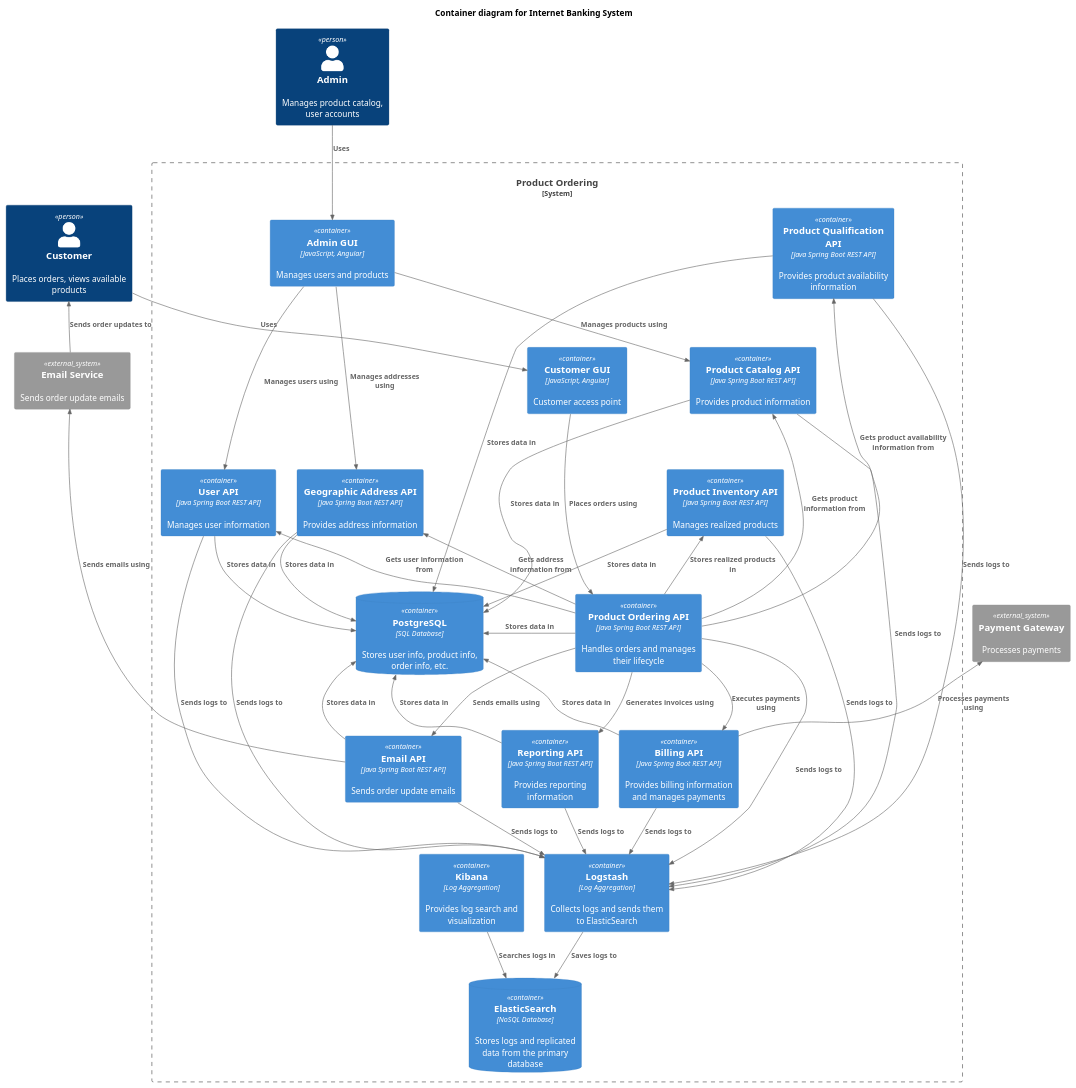
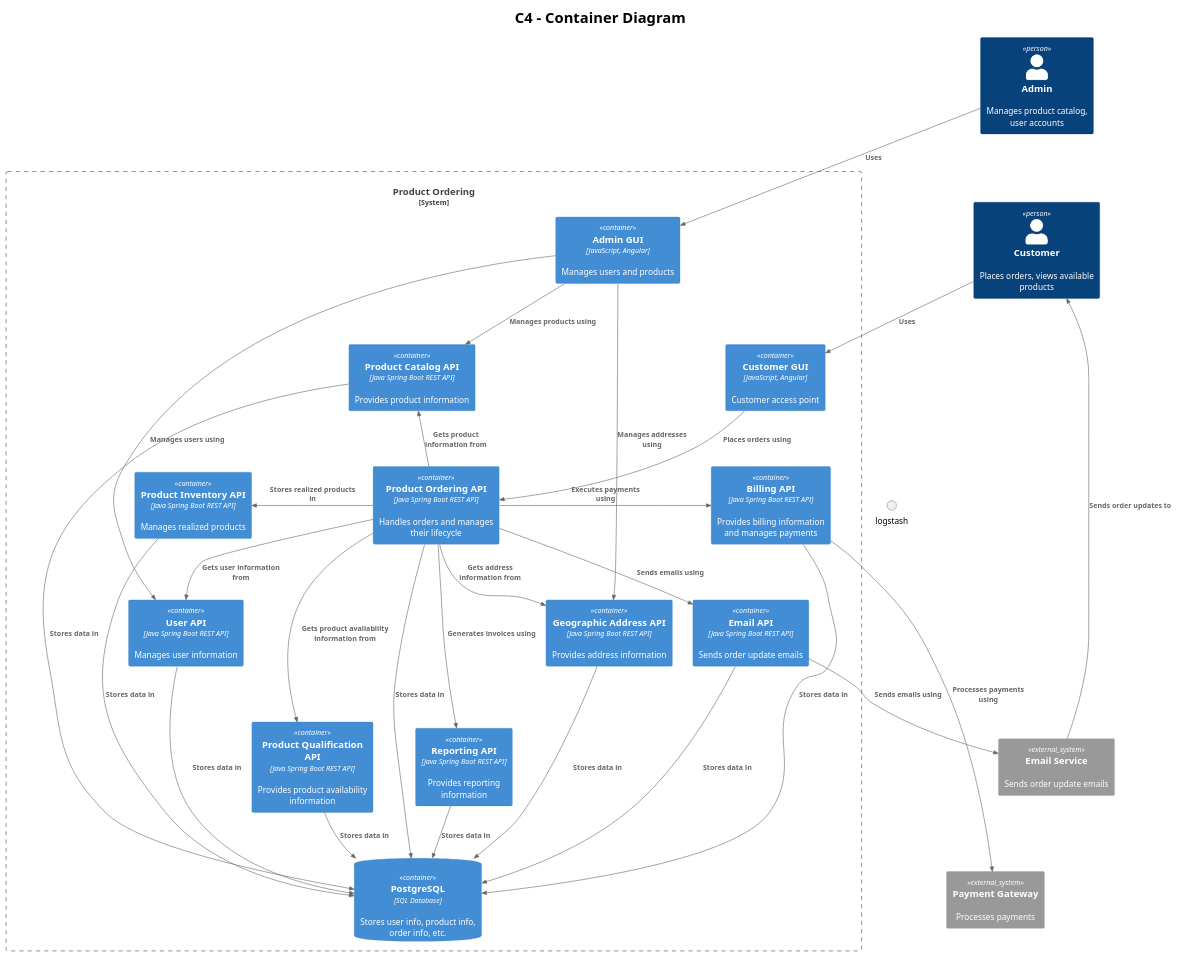
The diagram in c4/container/container.puml (ensarhamzic/diplomski-rad-softversko-inzenjerstvo), drawn with PlantUML before and after one commit. The commit also changed 1 other file, not shown here.

Commit message:
c4 container pt1

```diff
--- a/c4/container/container.puml
+++ b/c4/container/container.puml
@@ -1,78 +1,97 @@
 @startuml
 !include https://raw.githubusercontent.com/plantuml-stdlib/C4-PlantUML/master/C4_Container.puml
 
-title Container diagram for Internet Banking System
+skinparam titleFontSize 25
+
+title C4 - Container Diagram
 
 Person(customer, "Customer", "Places orders, views available products")
 Person(admin, "Admin", "Manages product catalog, user accounts")
 
 System_Boundary(system, "Product Ordering") {
     Container(orderApi, "Product Ordering API", "Java Spring Boot REST API", "Handles orders and manages their lifecycle")
     Container(catalogApi, "Product Catalog API", "Java Spring Boot REST API", "Provides product information")
     Container(inventoryApi, "Product Inventory API", "Java Spring Boot REST API", "Manages realized products")
     Container(userApi, "User API", "Java Spring Boot REST API", "Manages user information")
     Container(geoApi, "Geographic Address API", "Java Spring Boot REST API", "Provides address information")
     Container(qualificationApi, "Product Qualification API", "Java Spring Boot REST API", "Provides product availability information")
     Container(billingApi, "Billing API", "Java Spring Boot REST API", "Provides billing information and manages payments")
     Container(emailApi, "Email API", "Java Spring Boot REST API", "Sends order update emails")
     Container(reportingApi, "Reporting API", "Java Spring Boot REST API", "Provides reporting information")
     Container(adminGui, "Admin GUI", "JavaScript, Angular", "Manages users and products")
     Container(customerGui, "Customer GUI", "JavaScript, Angular", "Customer access point")
-    Container(logstash, "Logstash", "Log Aggregation", "Collects logs and sends them to ElasticSearch")
-    Container(kibana, "Kibana", "Log Aggregation", "Provides log search and visualization")
+'    Container(logstash, "Logstash", "Log Aggregation", "Collects logs and sends them to ElasticSearch")
+'    Container(kibana, "Kibana", "Log Aggregation", "Provides log search and visualization")
     ContainerDb(postgresDb, "PostgreSQL", "SQL Database", "Stores user info, product info, order info, etc.")
-    ContainerDb(elasticDb, "ElasticSearch", "NoSQL Database", "Stores logs and replicated data from the primary database")
+'    ContainerDb(elasticDb, "ElasticSearch", "NoSQL Database", "Stores logs")
 }
 
 System_Ext(paymentService, "Payment Gateway", "Processes payments")
 System_Ext(emailService, "Email Service", "Sends order update emails")
 
-Rel_U(orderApi, catalogApi, "Gets product information from")
-Rel_U(orderApi, inventoryApi, "Stores realized products in")
-Rel_U(orderApi, userApi, "Gets user information from")
-Rel_U(orderApi, geoApi, "Gets address information from")
-Rel_U(orderApi, qualificationApi, "Gets product availability information from")
-Rel(orderApi, billingApi, "Executes payments using")
+Lay_D(admin,customer)
+Lay_D(emailService,paymentService)
+Lay_D(admin,emailService)
+Lay_D(customer,emailService)
+
+Lay_D(orderApi,catalogApi)
+Lay_D(catalogApi,inventoryApi)
+Lay_D(inventoryApi,userApi)
+'Lay_D(userApi,geoApi)
+Lay_D(geoApi,qualificationApi)
+Lay_R(orderApi,billingApi)
+Lay_D(billingApi,emailApi)
+Lay_D(emailApi,reportingApi)
+'Lay_R(orderApi, adminGui)
+Lay_D(adminGui, customerGui)
+Lay_D(customerGui, logstash)
+'Lay_D(logstash, kibana)
+
+Lay_R(billingApi,postgresDb)
+'Lay_D(postgresDb,elasticDb)
+
+Rel_L(orderApi, catalogApi, "Gets product information from")
+Rel_L(orderApi, inventoryApi, "Stores realized products in")
+Rel(orderApi, userApi, "Gets user information from")
+Rel(orderApi, geoApi, "Gets address information from")
+Rel_L(orderApi, qualificationApi, "Gets product availability information from")
+Rel_L(orderApi, billingApi, "Executes payments using")
 Rel(orderApi, emailApi, "Sends emails using")
-Rel(orderApi, reportingApi, "Generates invoices using")
+Rel_L(orderApi, reportingApi, "Generates invoices using")
 
-Rel_L(orderApi, postgresDb, "Stores data in")
+Rel(orderApi, postgresDb, "Stores data in")
 Rel(catalogApi, postgresDb, "Stores data in")
 Rel(inventoryApi, postgresDb, "Stores data in")
 Rel(userApi, postgresDb, "Stores data in")
 Rel(geoApi, postgresDb, "Stores data in")
 Rel(qualificationApi, postgresDb, "Stores data in")
 Rel(billingApi, postgresDb, "Stores data in")
 Rel(emailApi, postgresDb, "Stores data in")
 Rel(reportingApi, postgresDb, "Stores data in")
-Rel(logstash, elasticDb, "Saves logs to")
+'Rel_U(logstash, elasticDb, "Saves logs to")
 
-Rel(orderApi, logstash, "Sends logs to")
-Rel(catalogApi, logstash, "Sends logs to")
-Rel(inventoryApi, logstash, "Sends logs to")
-Rel(userApi, logstash, "Sends logs to")
-Rel(geoApi, logstash, "Sends logs to")
-Rel(qualificationApi, logstash, "Sends logs to")
-Rel(billingApi, logstash, "Sends logs to")
-Rel(emailApi, logstash, "Sends logs to")
-Rel(reportingApi, logstash, "Sends logs to")
+'Rel_U(orderApi, logstash, "Sends logs to")
+'Rel_U(catalogApi, logstash, "Sends logs to")
+'Rel_U(inventoryApi, logstash, "Sends logs to")
+'Rel(userApi, logstash, "Sends logs to")
+'Rel(geoApi, logstash, "Sends logs to")
+'Rel(qualificationApi, logstash, "Sends logs to")
+'Rel(billingApi, logstash, "Sends logs to")
+'Rel(emailApi, logstash, "Sends logs to")
+'Rel(reportingApi, logstash, "Sends logs to")
 
-Rel(kibana, elasticDb, "Searches logs in")
+'Rel(kibana, elasticDb, "Searches logs in")
 
 Rel(customer, customerGui, "Uses")
 Rel(admin, adminGui, "Uses")
 
 Rel(customerGui, orderApi, "Places orders using")
 Rel(adminGui, catalogApi, "Manages products using")
 Rel(adminGui, userApi, "Manages users using")
 Rel(adminGui, geoApi, "Manages addresses using")
 
-Rel_U(billingApi, paymentService, "Processes payments using")
-Rel_U(emailApi, emailService, "Sends emails using")
-Rel_U(emailService, customer, "Sends order updates to")
+Rel(billingApi, paymentService, "Processes payments using")
+Rel(emailApi, emailService, "Sends emails using")
+Rel(emailService, customer, "Sends order updates to")
 
-Lay_D(qualificationApi, catalogApi)
-Lay_D(customerGui, inventoryApi)
-Lay_D(catalogApi, inventoryApi)
-Lay_R(logstash, postgresDb)
 @enduml
```
